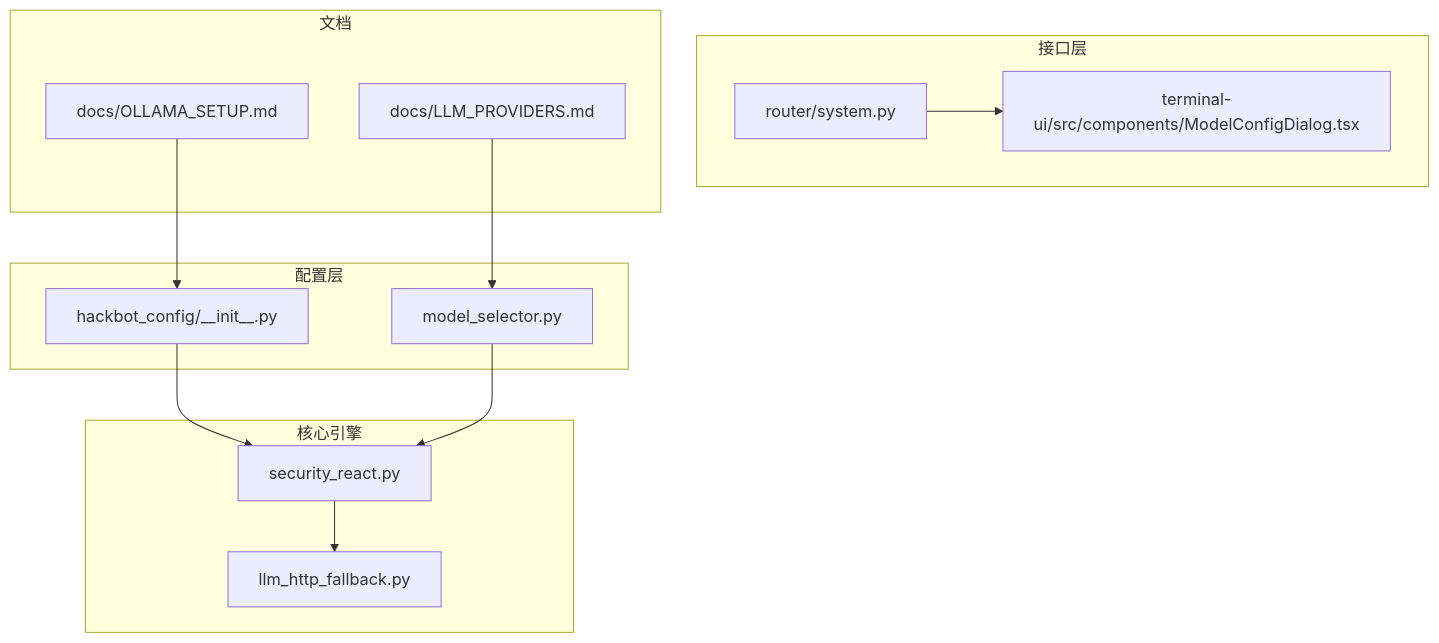
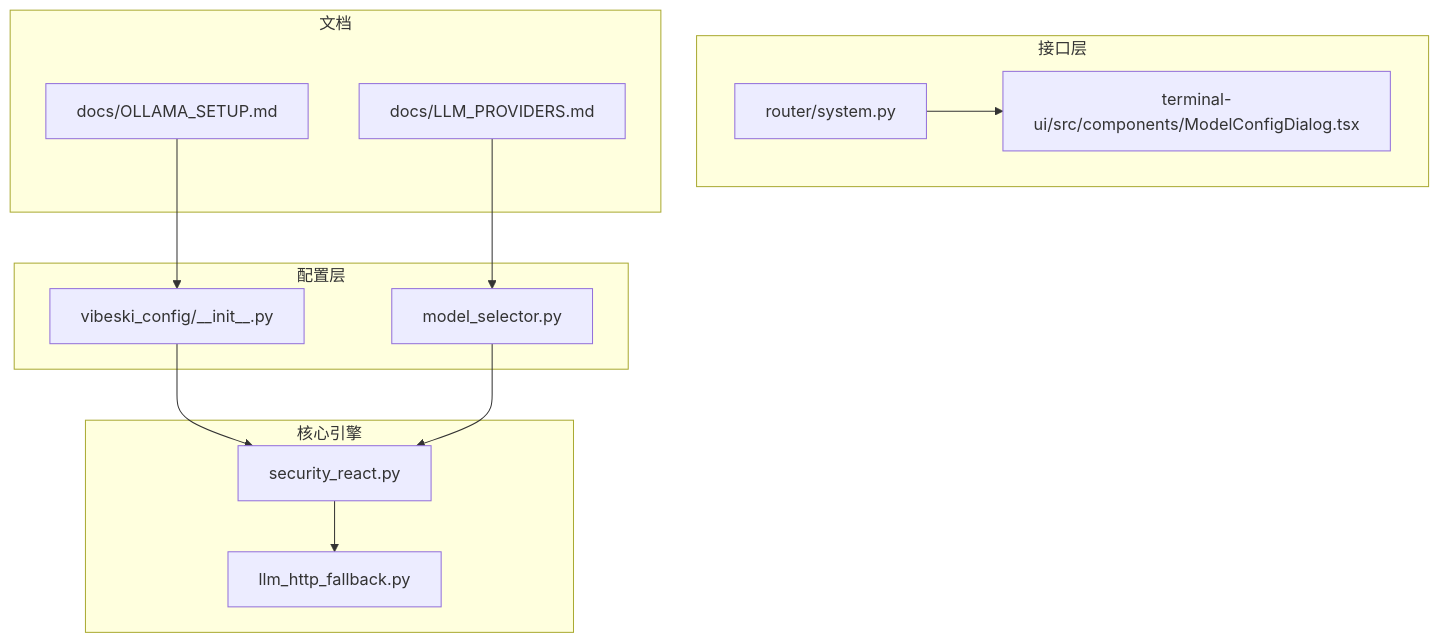
The first of 11 diagrams in .qoder/repowiki/zh/content/LLM提供商支持.md (crabin/VIBESKI), drawn with Mermaid before and after one commit. The commit also changed other lines of this file and 170 other files, not shown here.

Commit message:
chore: rename all secbot/hackbot identifiers to vibeski

````diff
--- a/.qoder/repowiki/zh/content/LLM提供商支持.md
+++ b/.qoder/repowiki/zh/content/LLM提供商支持.md
@@ -35,25 +35,25 @@
 ```mermaid
 graph TB
 subgraph "配置层"
-A[hackbot_config/__init__.py]
+A[vibeski_config/__init__.py]
 B[model_selector.py]
 end
 subgraph "核心引擎"
 C[security_react.py]
 D[llm_http_fallback.py]
 end
 subgraph "接口层"
 E[router/system.py]
 F[terminal-ui/src/components/ModelConfigDialog.tsx]
 end
 subgraph "文档"
 G[docs/LLM_PROVIDERS.md]
 H[docs/OLLAMA_SETUP.md]
 end
 A --> C
 B --> C
 C --> D
 E --> F
 G --> B
 H --> A
 ```
````
